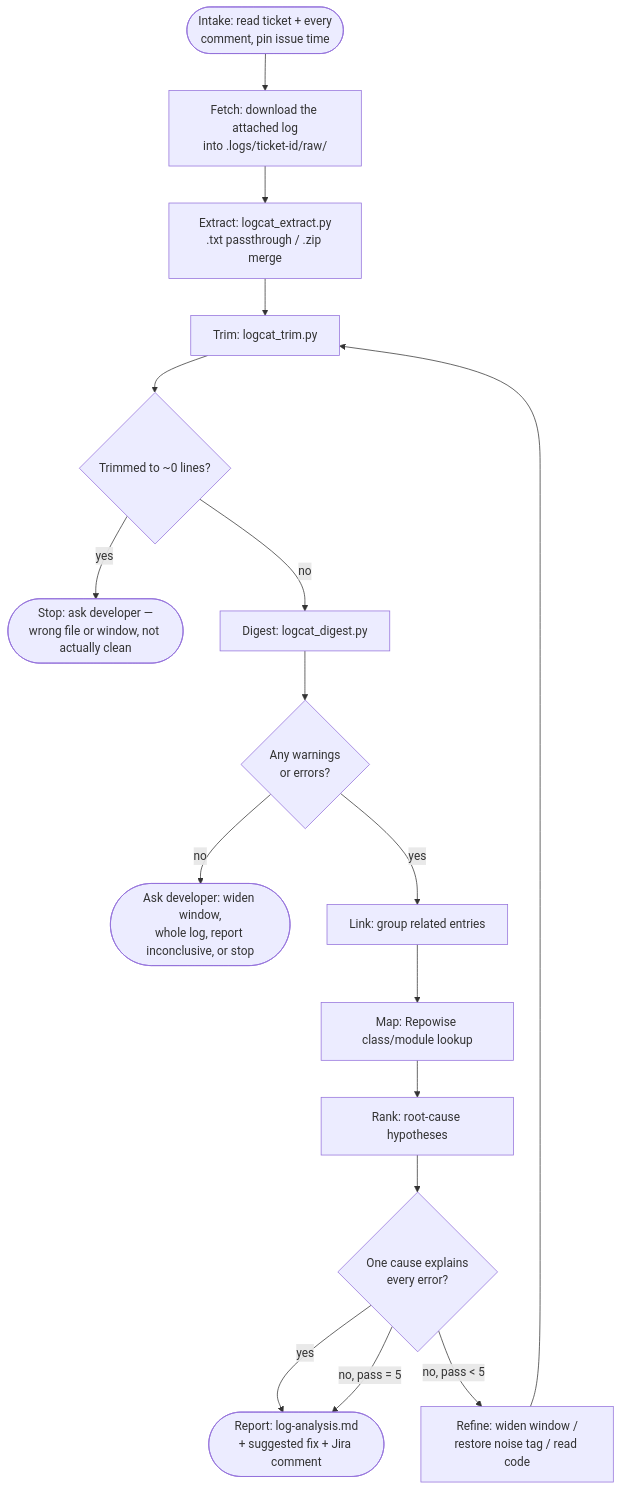
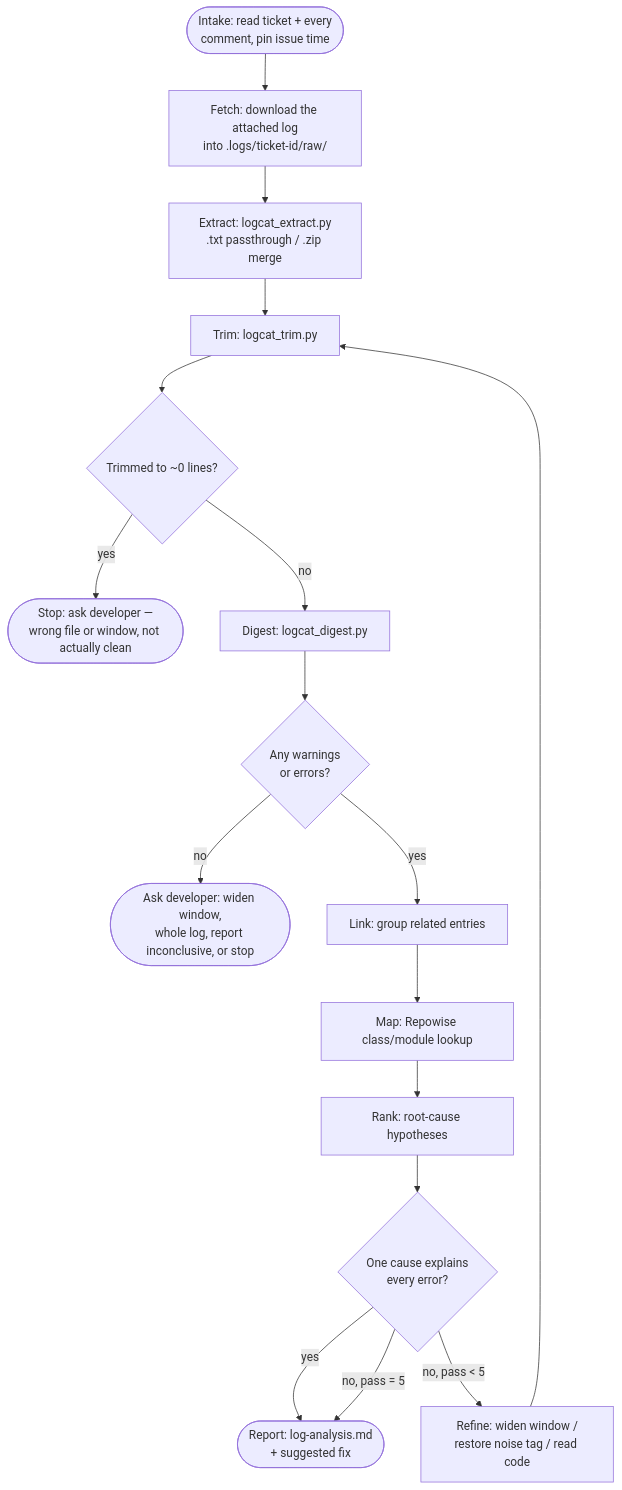
Before and after one commit to saraths-99/github-workflow: the second of 2 diagrams in docs/workflow-design.md, drawn with Mermaid. The commit also changed other lines of this file and 12 other files, not shown here.

First line of the commit message:
Add fix check, reorder ship and drop the Jira comment (0.6.0)

````diff
--- a/docs/workflow-design.md
+++ b/docs/workflow-design.md
@@ -142,19 +143,19 @@
 ```mermaid
 flowchart TD
     A([Intake: read ticket + every<br/>comment, pin issue time]) --> W[Fetch: download the attached log<br/>into .logs/ticket-id/raw/]
     W --> X[Extract: logcat_extract.py<br/>.txt passthrough / .zip merge]
     X --> B[Trim: logcat_trim.py]
     B --> BW{Trimmed to ~0 lines?}
     BW -- yes --> BWX([Stop: ask developer —<br/>wrong file or window, not actually clean])
     BW -- no --> C[Digest: logcat_digest.py]
     C --> CW{Any warnings<br/>or errors?}
     CW -- no --> CWX([Ask developer: widen window,<br/>whole log, report inconclusive, or stop])
     CW -- yes --> D[Link: group related entries]
     D --> E[Map: Repowise class/module lookup]
     E --> F[Rank: root-cause hypotheses]
     F --> G{One cause explains<br/>every error?}
-    G -- yes --> H([Report: log-analysis.md<br/>+ suggested fix + Jira comment])
+    G -- yes --> H([Report: log-analysis.md<br/>+ suggested fix])
     G -- no, pass < 5 --> I[Refine: widen window /<br/>restore noise tag / read code]
     I --> B
     G -- no, pass = 5 --> H
 ```
````
